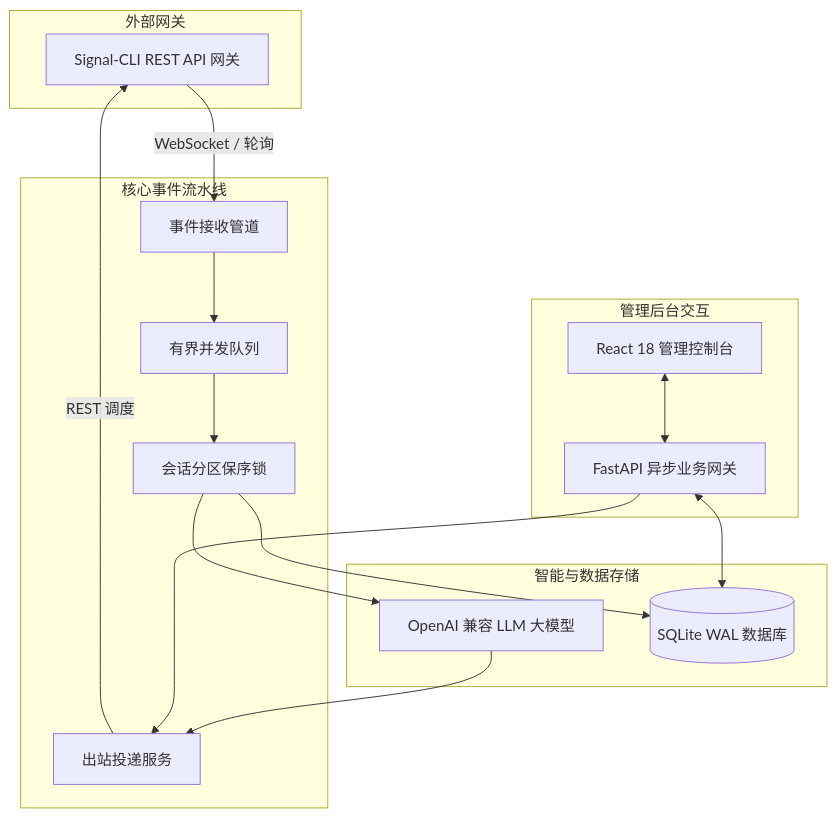
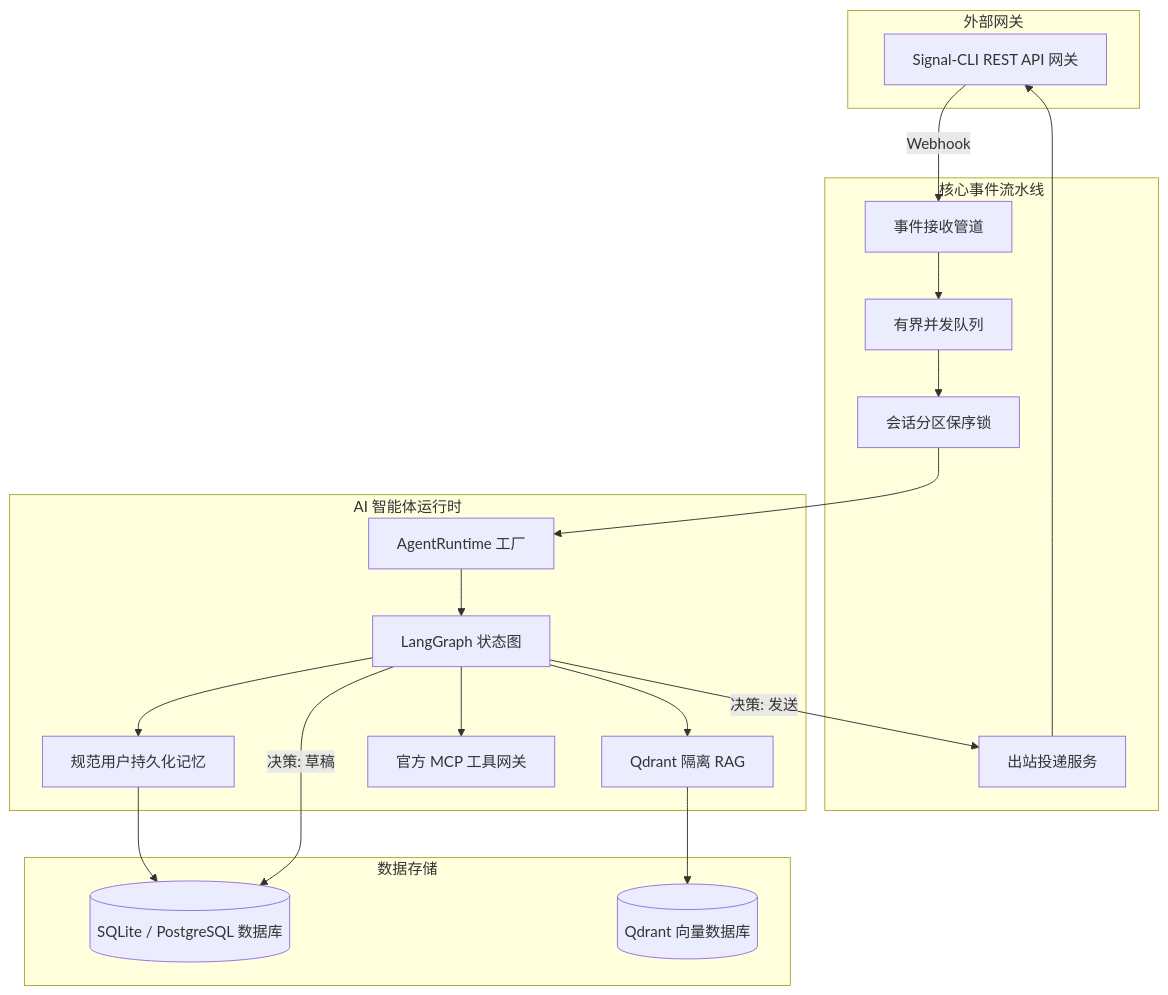
One commit to yuanweize/signal-ai-agent-platform changed the diagram in README.zh-CN.md. Above: the diagram before and after it, drawn with Mermaid. The commit also changed other lines of this file and 52 other files, not shown here.

````diff
--- a/README.zh-CN.md
+++ b/README.zh-CN.md
@@ -75,34 +93,41 @@
 ```mermaid
-graph TD
+flowchart TD
     subgraph 外部网关
         SG[Signal-CLI REST API 网关]
     end
 
     subgraph 核心事件流水线
         EV[事件接收管道]
         WQ[有界并发队列]
         PL[会话分区保序锁]
         OMS[出站投递服务]
     end
 
-    subgraph 智能与数据存储
-        AI[OpenAI 兼容 LLM 大模型]
-        DB[(SQLite WAL 数据库)]
+    subgraph AI 智能体运行时
+        AR[AgentRuntime 工厂]
+        LG[LangGraph 状态图]
+        RAG[Qdrant 隔离 RAG]
+        MEM[规范用户持久化记忆]
+        MCP[官方 MCP 工具网关]
     end
 
-    subgraph 管理后台交互
-        UI[React 18 管理控制台]
-        API[FastAPI 异步业务网关]
+    subgraph 数据存储
+        DB[(SQLite / PostgreSQL 数据库)]
+        QD[(Qdrant 向量数据库)]
     end
 
-    SG -- WebSocket / 轮询 --> EV
+    SG -->|Webhook| EV
     EV --> WQ
     WQ --> PL
-    PL --> AI
-    PL --> DB
-    AI --> OMS
-    OMS -- REST 调度 --> SG
-    API <--> DB
-    UI <--> API
-    API --> OMS
+    PL --> AR
+    AR --> LG
+    LG --> RAG
+    LG --> MEM
+    LG --> MCP
+    RAG --> QD
+    MEM --> DB
+
+    LG -->|决策: 发送| OMS
+    LG -->|决策: 草稿| DB
+    OMS --> SG
 ```
````
